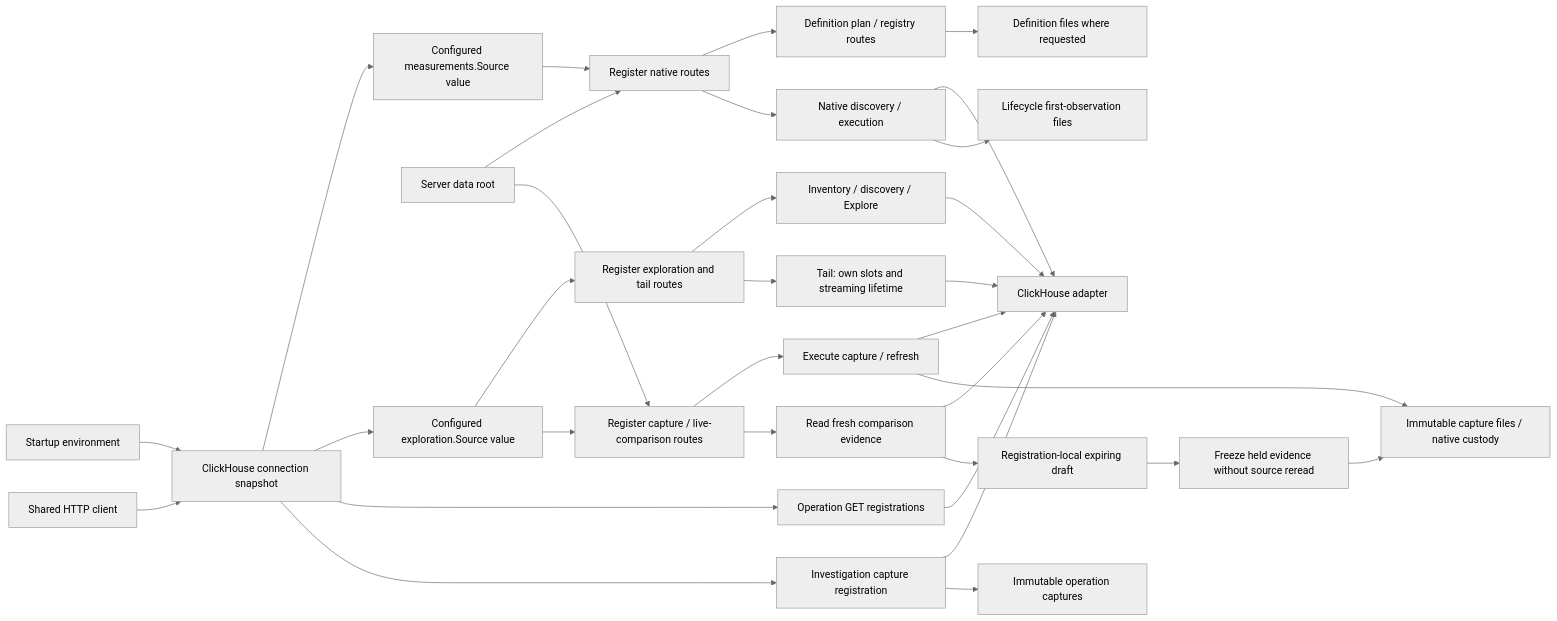
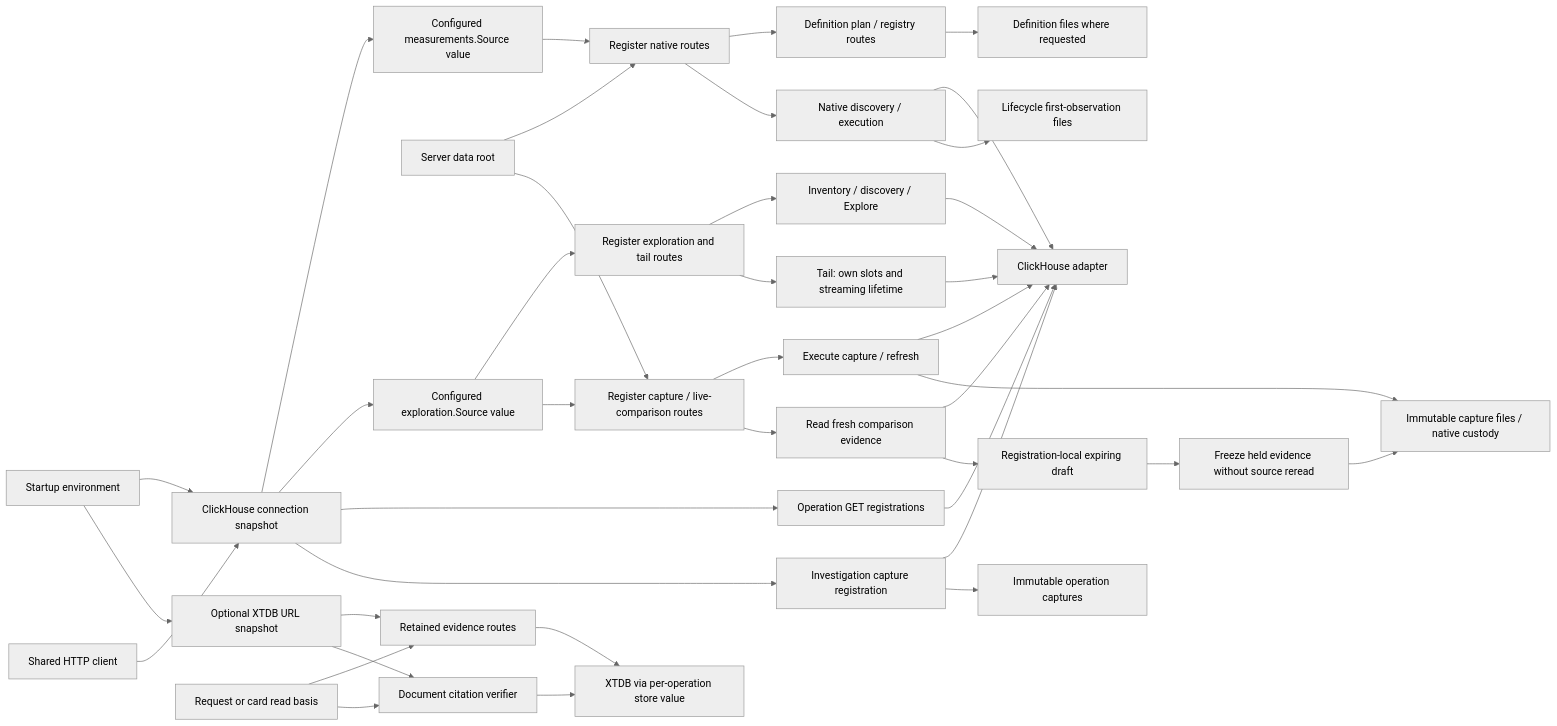
The first of 2 diagrams in docs/HTTP_BOUNDARIES.md (casselc/goo), drawn with Mermaid (neutral theme) before and after one commit. The commit also changed other lines of this file and 14 other files, not shown here.

Commit message:
Inject optional retention configuration and isolate citation read basis

````diff
--- a/docs/HTTP_BOUNDARIES.md
+++ b/docs/HTTP_BOUNDARIES.md
@@ -91,34 +91,41 @@
 ```mermaid
 flowchart LR
   Env[Startup environment] --> Connection[ClickHouse connection snapshot]
   Client[Shared HTTP client] --> Connection
   Connection --> Source[Configured measurements.Source value]
   Root[Server data root] --> Register[Register native routes]
   Source --> Register
   Register --> Pure[Definition plan / registry routes]
   Register --> Run[Native discovery / execution]
   Run --> CH[ClickHouse adapter]
   Run --> Custody[Lifecycle first-observation files]
   Pure --> Files[Definition files where requested]
   Connection --> RecordSource[Configured exploration.Source value]
   RecordSource --> RecordRegister[Register exploration and tail routes]
   RecordRegister --> Queries[Inventory / discovery / Explore]
   RecordRegister --> SSE[Tail: own slots and streaming lifetime]
   Queries --> CH
   SSE --> CH
   RecordSource --> CaptureRegister[Register capture / live-comparison routes]
   Root --> CaptureRegister
   CaptureRegister --> CaptureRead[Execute capture / refresh]
   CaptureRegister --> LiveRead[Read fresh comparison evidence]
   CaptureRead --> CH
   LiveRead --> CH
   LiveRead --> Draft[Registration-local expiring draft]
   Draft --> Freeze[Freeze held evidence without source reread]
   CaptureRead --> CaptureFiles[Immutable capture files / native custody]
   Freeze --> CaptureFiles
   Connection --> OperationGET[Operation GET registrations]
   Connection --> Investigation[Investigation capture registration]
   OperationGET --> CH
   Investigation --> CH
   Investigation --> InvestigationFiles[Immutable operation captures]
+  Env --> RetentionConfig[Optional XTDB URL snapshot]
+  RetentionConfig --> RetentionRoutes[Retained evidence routes]
+  RetentionConfig --> Citation[Document citation verifier]
+  Basis[Request or card read basis] --> RetentionRoutes
+  Basis --> Citation
+  RetentionRoutes --> XTDB[XTDB via per-operation store value]
+  Citation --> XTDB
 ```
````
